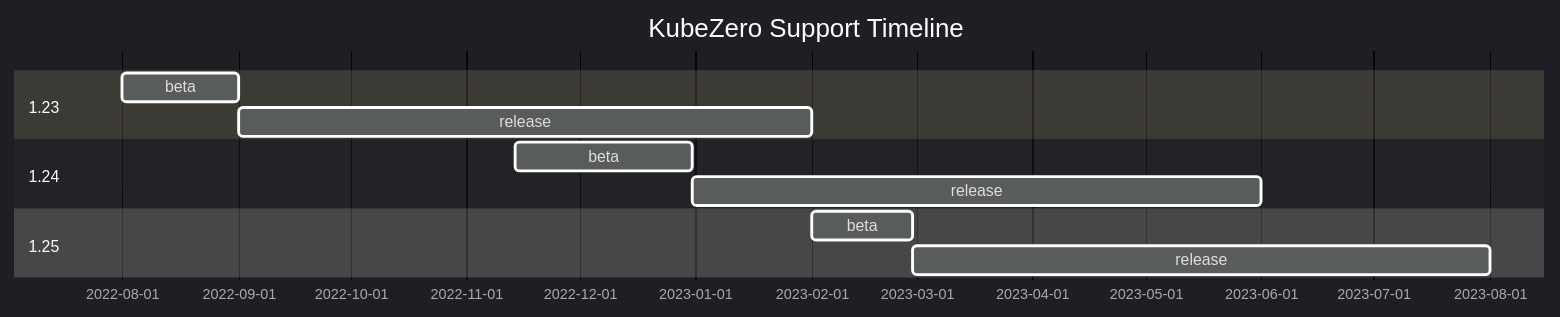
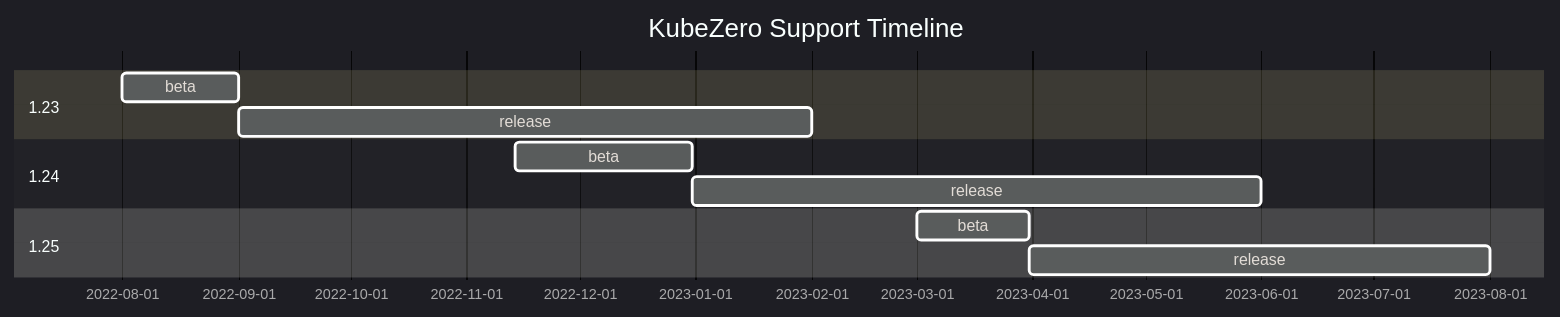
The diagram in README.md (Zero-Down-Time/kubezero), drawn with Mermaid before and after one commit. The commit also changed other lines of this file and 19 other files, not shown here.

Commit message:
feat: latest aws-nth and auth, latest 1.24 upgrad flow

````diff
--- a/README.md
+++ b/README.md
@@ -26,15 +26,15 @@
 ```mermaid
 %%{init: {'theme':'dark'}}%%
 gantt
     title KubeZero Support Timeline
     dateFormat  YYYY-MM-DD
     section 1.23
     beta     :123b, 2022-08-01, 2022-09-01
     release  :after 123b, 2023-02-01
     section 1.24
     beta     :124b, 2022-11-14, 2022-12-31
     release  :after 124b, 2023-06-01
     section 1.25
-    beta     :125b, 2023-02-01, 2023-02-28
+    beta     :125b, 2023-03-01, 2023-03-31
     release  :after 125b, 2023-08-01
 ```
````
